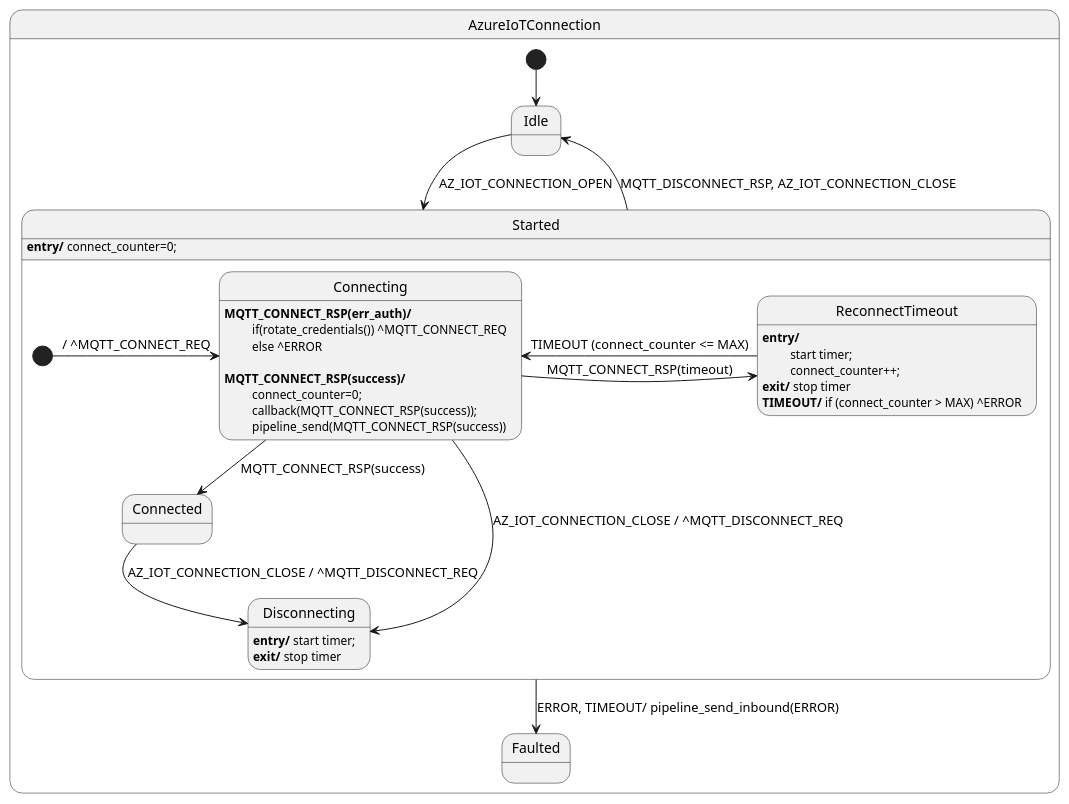
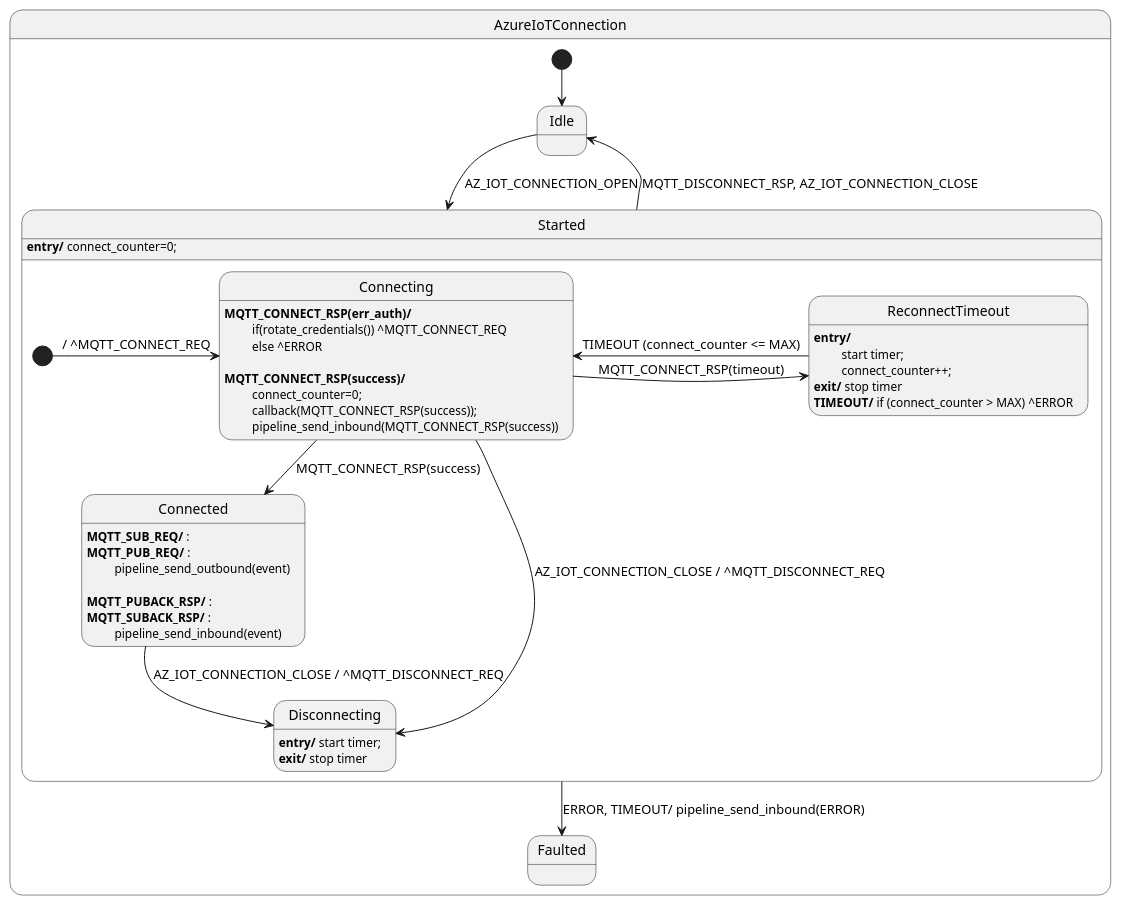
One commit to vaavva/azure-sdk-for-c-hfsm changed the diagram in sdk/docs/iot/resources/iot_hfsm_connection.puml. Above: the diagram before and after it, drawn with PlantUML. The commit also changed 20 other files, not shown here.

```diff
--- a/sdk/docs/iot/resources/iot_hfsm_connection.puml
+++ b/sdk/docs/iot/resources/iot_hfsm_connection.puml
@@ -1,45 +1,52 @@
 @startuml
 
 state AzureIoTConnection {
     state Idle
     state Faulted
 
     state Started {
         state Connecting
         Connecting : <b>MQTT_CONNECT_RSP(err_auth)/</b>
         Connecting : \t if(rotate_credentials()) ^MQTT_CONNECT_REQ
         Connecting : \t else ^ERROR
         Connecting :
         Connecting : <b>MQTT_CONNECT_RSP(success)/</b> 
         Connecting : \t connect_counter=0;
         Connecting : \t callback(MQTT_CONNECT_RSP(success));
-        Connecting : \t pipeline_send(MQTT_CONNECT_RSP(success))
+        Connecting : \t pipeline_send_inbound(MQTT_CONNECT_RSP(success))
 
         state Connected
+        Connected : <b>MQTT_SUB_REQ/</b> :
+        Connected : <b>MQTT_PUB_REQ/</b> :
+        Connected : \t pipeline_send_outbound(event)
+        Connected : 
+        Connected : <b>MQTT_PUBACK_RSP/</b> :
+        Connected : <b>MQTT_SUBACK_RSP/</b> :
+        Connected : \t pipeline_send_inbound(event)
 
         state ReconnectTimeout
         ReconnectTimeout : <b>entry/</b> 
         ReconnectTimeout : \t start timer;
         ReconnectTimeout : \t connect_counter++;
         ReconnectTimeout : <b>exit/</b> stop timer
         ReconnectTimeout : <b>TIMEOUT/</b> if (connect_counter > MAX) ^ERROR
 
         state Disconnecting
         Disconnecting : <b>entry/</b> start timer; 
         Disconnecting : <b>exit/</b> stop timer
 
         [*] -> Connecting : / ^MQTT_CONNECT_REQ
         Connecting --> Connected : MQTT_CONNECT_RSP(success)
         Connecting -> ReconnectTimeout : MQTT_CONNECT_RSP(timeout)
         Connecting --> Disconnecting : AZ_IOT_CONNECTION_CLOSE / ^MQTT_DISCONNECT_REQ
         Connected --> Disconnecting : AZ_IOT_CONNECTION_CLOSE / ^MQTT_DISCONNECT_REQ
         ReconnectTimeout -> Connecting : TIMEOUT (connect_counter <= MAX)
     }
     Started : <b>entry/</b> connect_counter=0;
 
     [*] --> Idle
     Idle -> Started : AZ_IOT_CONNECTION_OPEN
     Started --> Idle : MQTT_DISCONNECT_RSP, AZ_IOT_CONNECTION_CLOSE
     Started --> Faulted: ERROR, TIMEOUT/ pipeline_send_inbound(ERROR)
 
 @enduml
```
